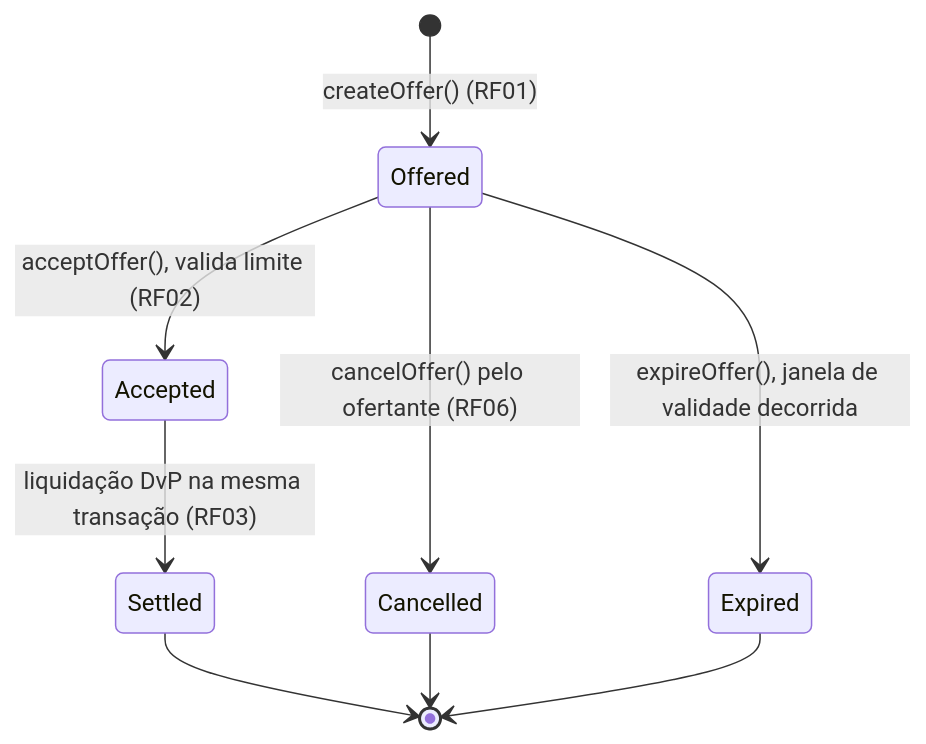
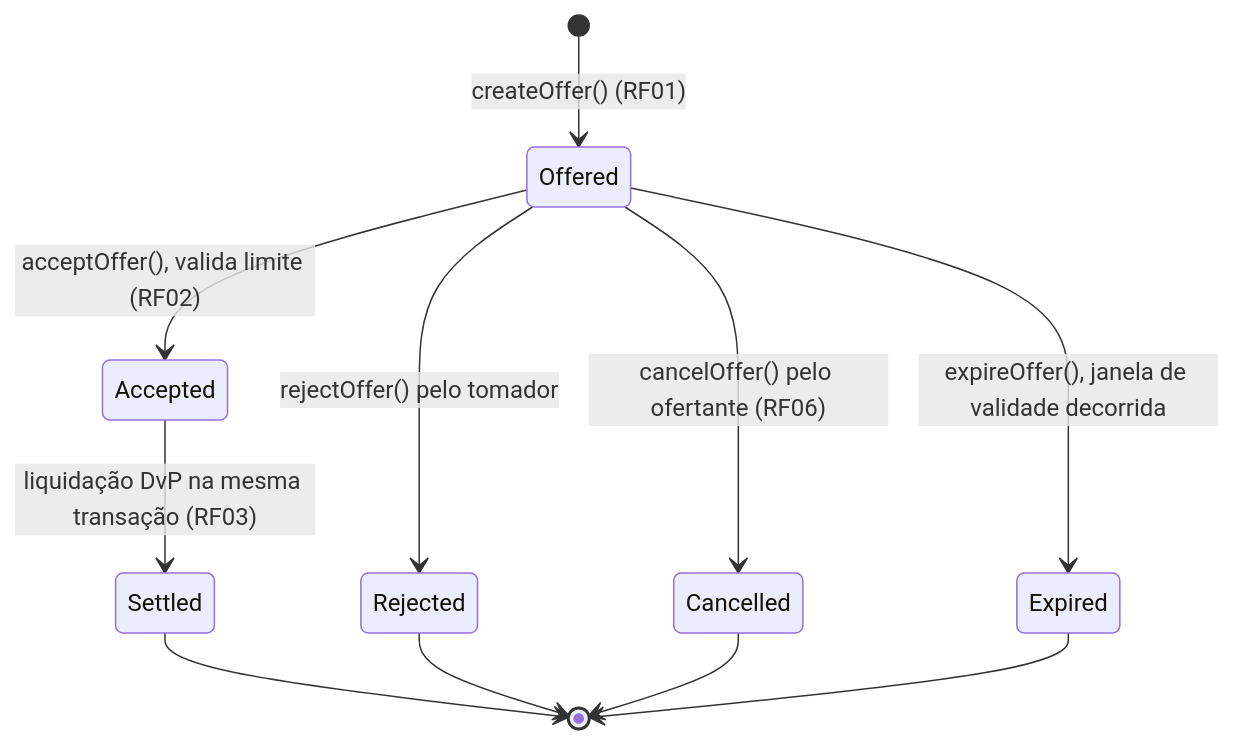
The diagram in docs/maquina-estados-oferta.md (anacampos-crypto/projeto-inter-web3), drawn with Mermaid before and after one commit. The commit also changed other lines of this file and 4 other files, not shown here.

````diff
--- a/docs/maquina-estados-oferta.md
+++ b/docs/maquina-estados-oferta.md
@@ -38,11 +42,13 @@
 ```mermaid
 stateDiagram-v2
     [*] --> Offered: createOffer() (RF01)
     Offered --> Accepted: acceptOffer(), valida limite (RF02)
     Accepted --> Settled: liquidação DvP na mesma transação (RF03)
+    Offered --> Rejected: rejectOffer() pelo tomador
     Offered --> Cancelled: cancelOffer() pelo ofertante (RF06)
     Offered --> Expired: expireOffer(), janela de validade decorrida
     Settled --> [*]
+    Rejected --> [*]
     Cancelled --> [*]
     Expired --> [*]
 ```
````
